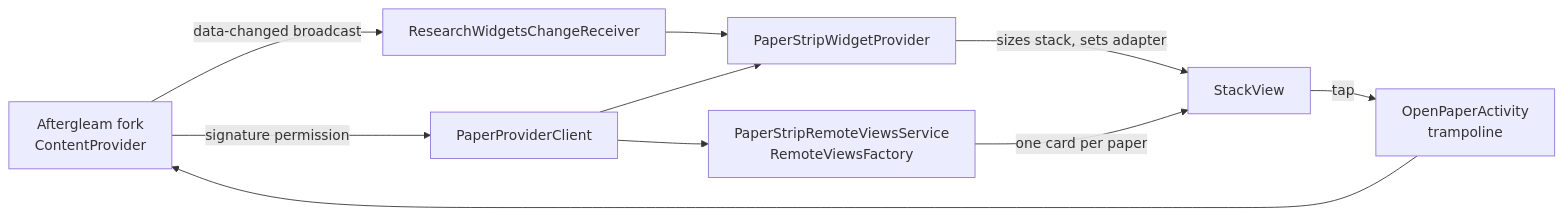
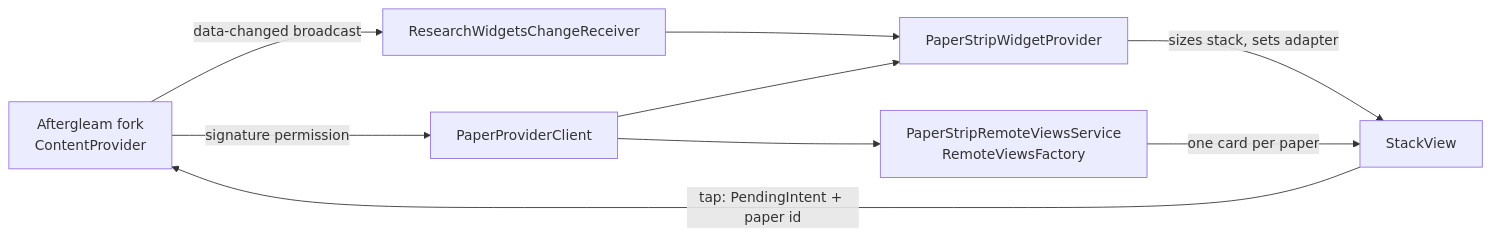
Before and after one commit to Placeholder2312/Research-Widgets: the diagram in README.md, drawn with Mermaid. The commit also changed other lines of this file and 16 other files, not shown here.

````diff
--- a/README.md
+++ b/README.md
@@ -40,12 +40,11 @@
 ```mermaid
 flowchart LR
     A[Aftergleam fork<br/>ContentProvider] -- signature permission --> C[PaperProviderClient]
     A -- data-changed broadcast --> R[ResearchWidgetsChangeReceiver]
     R --> P[PaperStripWidgetProvider]
     C --> P
     P -- sizes stack, sets adapter --> S[StackView]
     C --> F[PaperStripRemoteViewsService<br/>RemoteViewsFactory]
     F -- one card per paper --> S
-    S -- tap --> O[OpenPaperActivity<br/>trampoline]
-    O --> A
+    S -- tap: PendingIntent + paper id --> A
 ```
````
